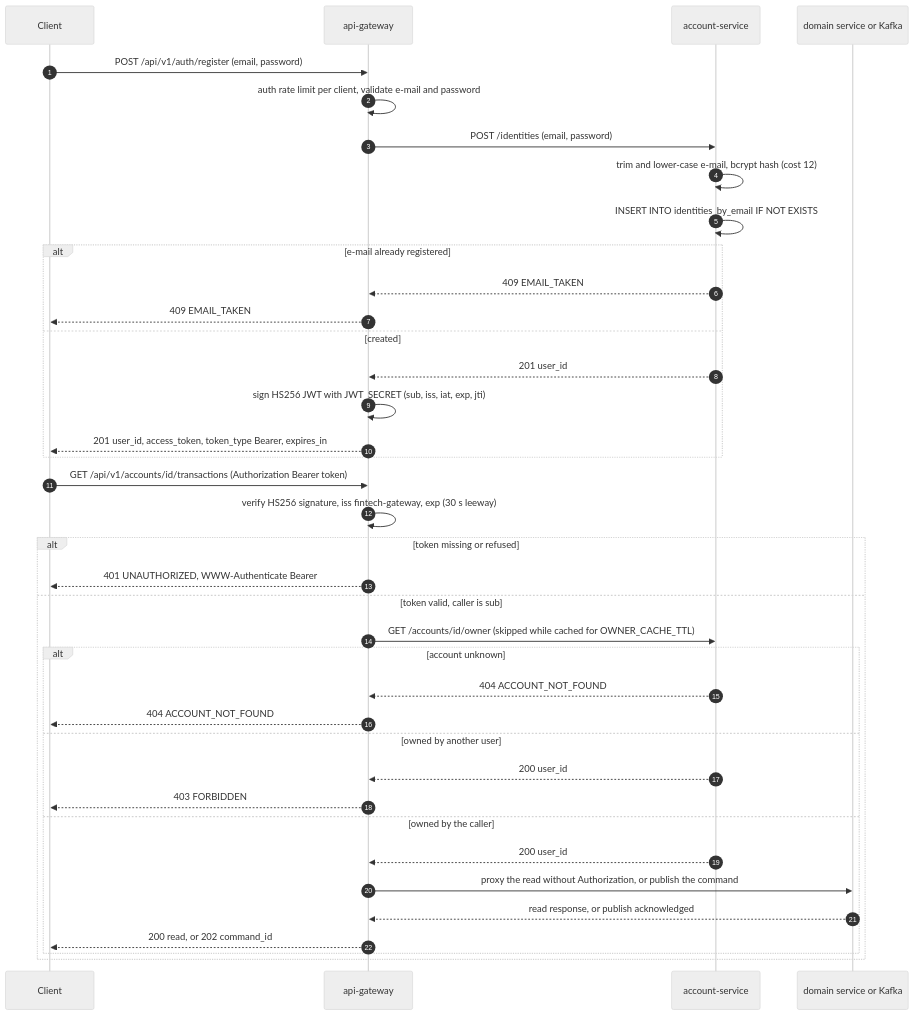
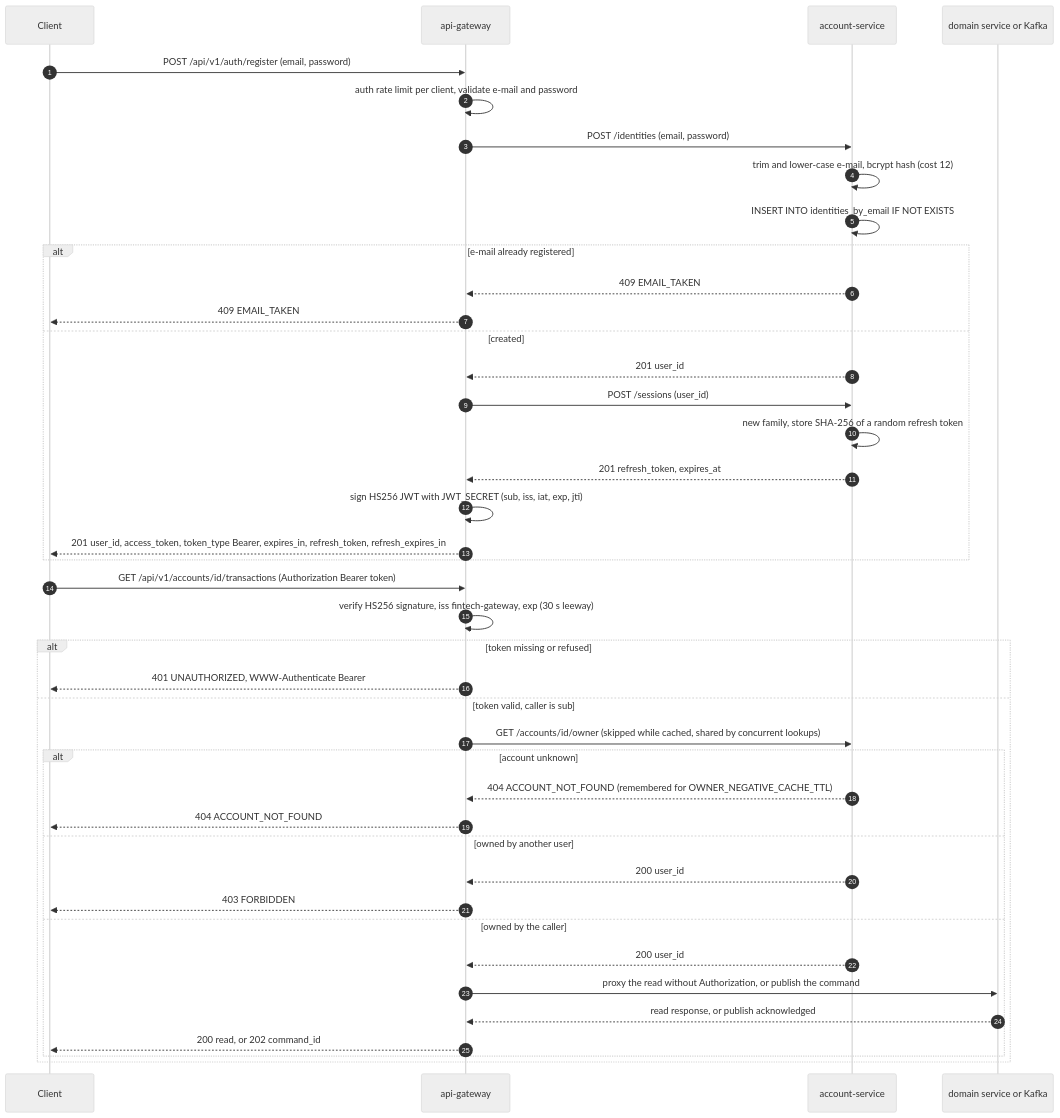
The second of 8 diagrams in docs/architecture.md (GabeSilvaDev/fintech-bank-platform), drawn with Mermaid (neutral theme) before and after one commit. The commit also changed other lines of this file and 3 other files, not shown here.

````diff
--- a/docs/architecture.md
+++ b/docs/architecture.md
@@ -74,40 +74,43 @@
 ```mermaid
 sequenceDiagram
     autonumber
     participant C as Client
     participant GW as api-gateway
     participant AS as account-service
     participant S as domain service or Kafka
     C->>GW: POST /api/v1/auth/register (email, password)
     GW->>GW: auth rate limit per client, validate e-mail and password
     GW->>AS: POST /identities (email, password)
     AS->>AS: trim and lower-case e-mail, bcrypt hash (cost 12)
     AS->>AS: INSERT INTO identities_by_email IF NOT EXISTS
     alt e-mail already registered
         AS-->>GW: 409 EMAIL_TAKEN
         GW-->>C: 409 EMAIL_TAKEN
     else created
         AS-->>GW: 201 user_id
+        GW->>AS: POST /sessions (user_id)
+        AS->>AS: new family, store SHA-256 of a random refresh token
+        AS-->>GW: 201 refresh_token, expires_at
         GW->>GW: sign HS256 JWT with JWT_SECRET (sub, iss, iat, exp, jti)
-        GW-->>C: 201 user_id, access_token, token_type Bearer, expires_in
+        GW-->>C: 201 user_id, access_token, token_type Bearer, expires_in, refresh_token, refresh_expires_in
     end
     C->>GW: GET /api/v1/accounts/id/transactions (Authorization Bearer token)
     GW->>GW: verify HS256 signature, iss fintech-gateway, exp (30 s leeway)
     alt token missing or refused
         GW-->>C: 401 UNAUTHORIZED, WWW-Authenticate Bearer
     else token valid, caller is sub
-        GW->>AS: GET /accounts/id/owner (skipped while cached for OWNER_CACHE_TTL)
+        GW->>AS: GET /accounts/id/owner (skipped while cached, shared by concurrent lookups)
         alt account unknown
-            AS-->>GW: 404 ACCOUNT_NOT_FOUND
+            AS-->>GW: 404 ACCOUNT_NOT_FOUND (remembered for OWNER_NEGATIVE_CACHE_TTL)
             GW-->>C: 404 ACCOUNT_NOT_FOUND
         else owned by another user
             AS-->>GW: 200 user_id
             GW-->>C: 403 FORBIDDEN
         else owned by the caller
             AS-->>GW: 200 user_id
             GW->>S: proxy the read without Authorization, or publish the command
             S-->>GW: read response, or publish acknowledged
             GW-->>C: 200 read, or 202 command_id
         end
     end
 ```
````
